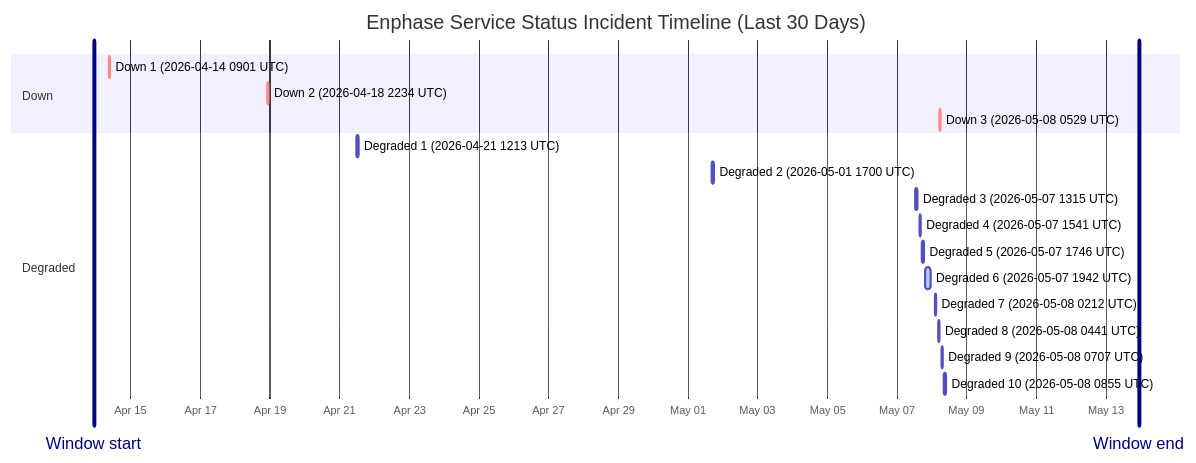
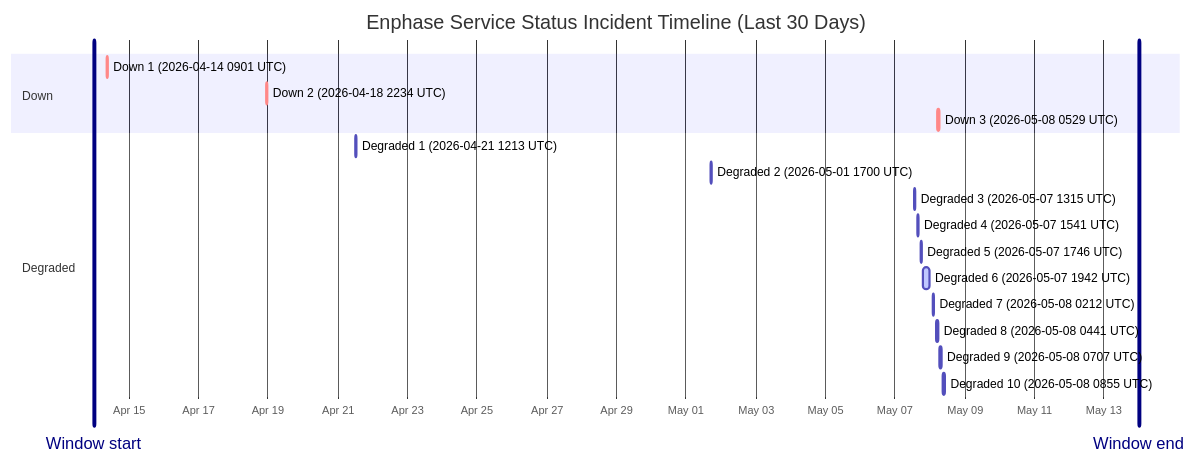
The diagram in wiki/Service-Status-History.md (barneyonline/ha-enphase-ev-charger), drawn with Mermaid before and after one commit. The commit also changed other lines of this file and 3 other files, not shown here.

````diff
--- a/wiki/Service-Status-History.md
+++ b/wiki/Service-Status-History.md
@@ -14,23 +14,23 @@
 ```mermaid
 gantt
     title Enphase Service Status Incident Timeline (Last 30 Days)
     dateFormat  YYYY-MM-DDTHH:mm:ss
     axisFormat  %b %d
-    Window start :vert, window-start, 2026-04-13T22:45:43, 0ms
-    Window end :vert, window-end, 2026-05-13T22:45:43, 0ms
+    Window start :vert, window-start, 2026-04-13T23:57:10, 0ms
+    Window end :vert, window-end, 2026-05-13T23:57:10, 0ms
     section Down
     Down 1 (2026-04-14 0901 UTC) :crit, down-1, 2026-04-14T09:01:13, 60m
     Down 2 (2026-04-18 2234 UTC) :crit, down-2, 2026-04-18T22:34:13, 60m
     Down 3 (2026-05-08 0529 UTC) :crit, down-3, 2026-05-08T05:29:47, 60m
     section Degraded
     Degraded 1 (2026-04-21 1213 UTC) :active, degraded-1, 2026-04-21T12:13:11, 60m
     Degraded 2 (2026-05-01 1700 UTC) :active, degraded-2, 2026-05-01T17:00:22, 60m
     Degraded 3 (2026-05-07 1315 UTC) :active, degraded-3, 2026-05-07T13:15:25, 60m
     Degraded 4 (2026-05-07 1541 UTC) :active, degraded-4, 2026-05-07T15:41:58, 60m
     Degraded 5 (2026-05-07 1746 UTC) :active, degraded-5, 2026-05-07T17:46:51, 60m
     Degraded 6 (2026-05-07 1942 UTC) :active, degraded-6, 2026-05-07T19:42:10, 249m
     Degraded 7 (2026-05-08 0212 UTC) :active, degraded-7, 2026-05-08T02:12:39, 60m
     Degraded 8 (2026-05-08 0441 UTC) :active, degraded-8, 2026-05-08T04:41:46, 60m
     Degraded 9 (2026-05-08 0707 UTC) :active, degraded-9, 2026-05-08T07:07:30, 60m
     Degraded 10 (2026-05-08 0855 UTC) :active, degraded-10, 2026-05-08T08:55:20, 88m
 ```
````
